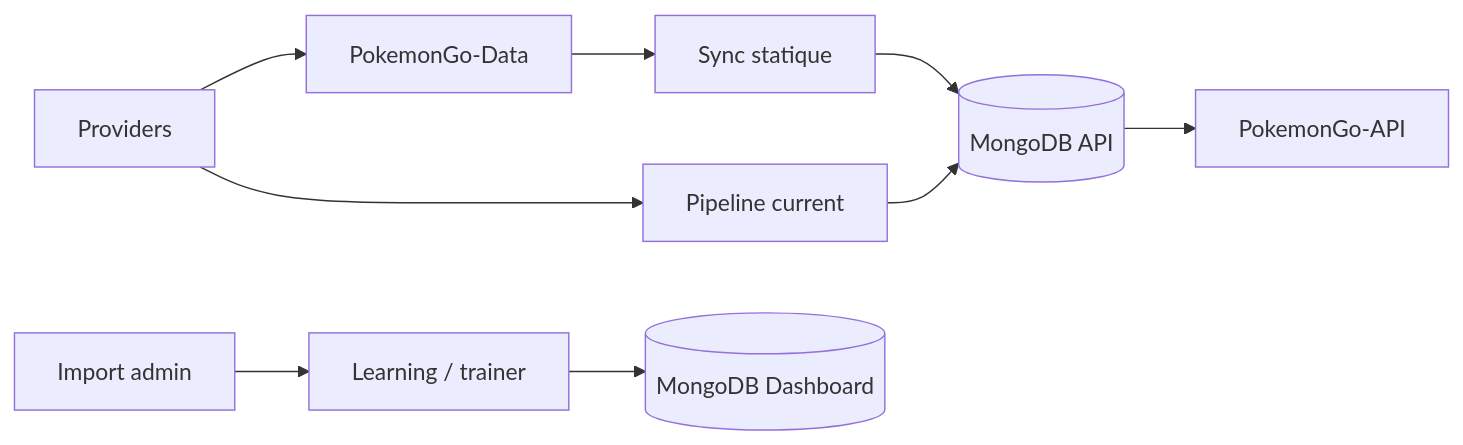
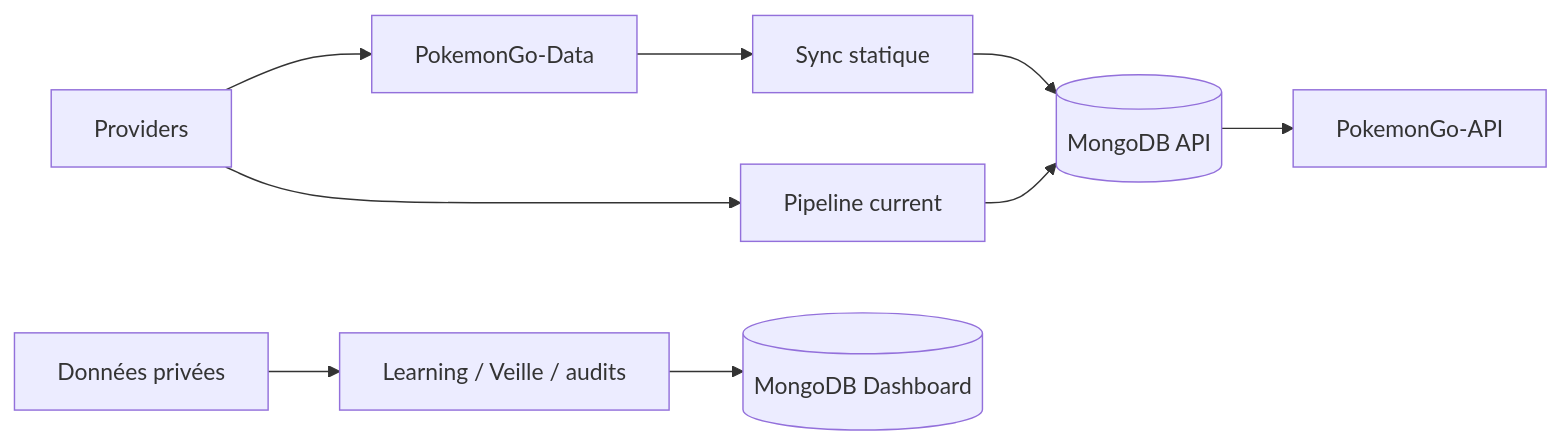
Before and after one commit to Matthieu-Vachet/dashboard_Admin: the diagram in docs/Tome 1 — Foundation (Fondations)/DOC-013-data-overview.md, drawn with Mermaid. The commit also changed other lines of this file and 77 other files, not shown here.

````diff
--- a/docs/Tome 1 — Foundation (Fondations)/DOC-013-data-overview.md
+++ b/docs/Tome 1 — Foundation (Fondations)/DOC-013-data-overview.md
@@ -74,8 +74,8 @@
 ```mermaid
 flowchart LR
   SRC["Providers"] --> DATA["PokemonGo-Data"]
   DATA --> STATIC["Sync statique"] --> API_DB[("MongoDB API")]
   SRC --> CURRENT["Pipeline current"] --> API_DB
-  JSON["Import admin"] --> DASH_PIPE["Learning / trainer"] --> DASH_DB[("MongoDB Dashboard")]
+  ADMIN["Données privées"] --> DASH_PIPE["Learning / Veille / audits"] --> DASH_DB[("MongoDB Dashboard")]
   API_DB --> API["PokemonGo-API"]
 ```
````
